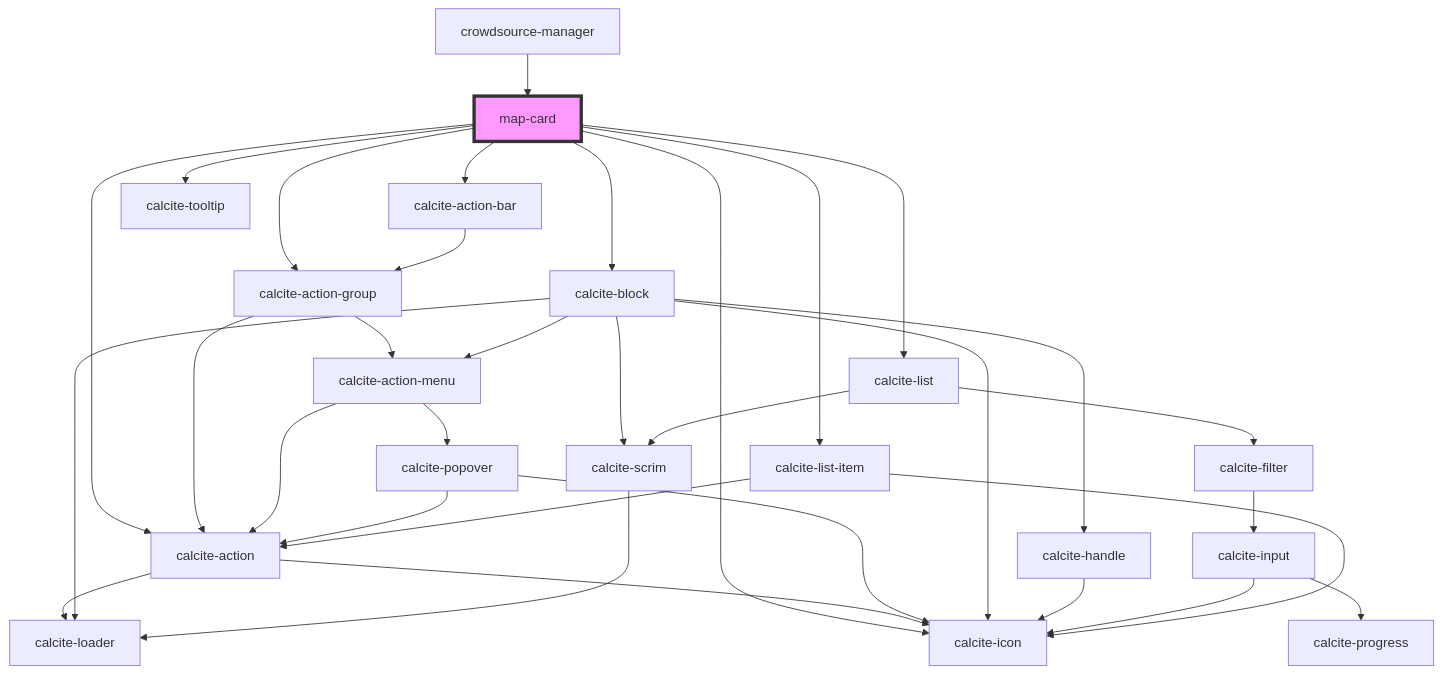
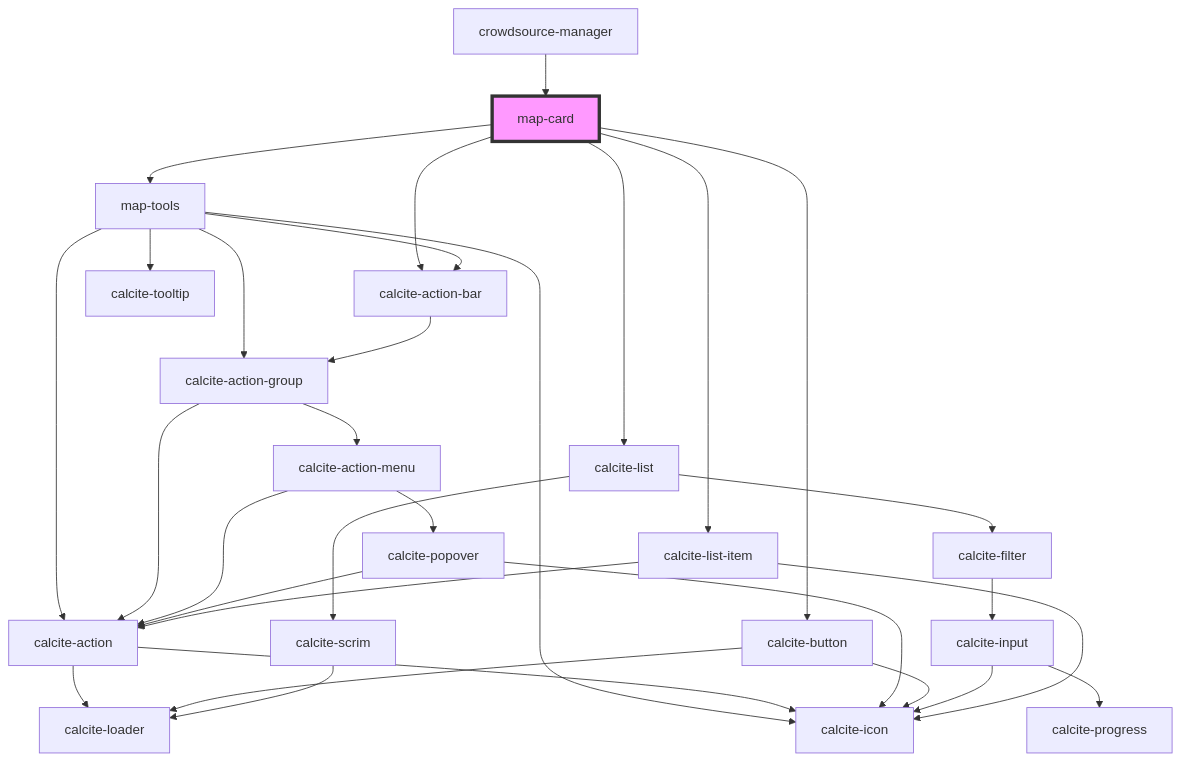
The diagram in src/components/map-card/readme.md (Esri/solutions-components), drawn with Mermaid before and after one commit. The commit also changed other lines of this file and 20 other files, not shown here.

Commit message:
add map-tools

````diff
--- a/src/components/map-card/readme.md
+++ b/src/components/map-card/readme.md
@@ -42,36 +38,34 @@
 ```mermaid
 graph TD;
+  map-card --> map-tools
   map-card --> calcite-action-bar
-  map-card --> calcite-action-group
-  map-card --> calcite-action
-  map-card --> calcite-icon
-  map-card --> calcite-tooltip
-  map-card --> calcite-block
+  map-card --> calcite-button
   map-card --> calcite-list
   map-card --> calcite-list-item
+  map-tools --> calcite-action
+  map-tools --> calcite-action-bar
+  map-tools --> calcite-action-group
+  map-tools --> calcite-icon
+  map-tools --> calcite-tooltip
+  calcite-action --> calcite-loader
+  calcite-action --> calcite-icon
   calcite-action-bar --> calcite-action-group
   calcite-action-group --> calcite-action-menu
   calcite-action-group --> calcite-action
   calcite-action-menu --> calcite-action
   calcite-action-menu --> calcite-popover
-  calcite-action --> calcite-loader
-  calcite-action --> calcite-icon
   calcite-popover --> calcite-action
   calcite-popover --> calcite-icon
-  calcite-block --> calcite-scrim
-  calcite-block --> calcite-icon
-  calcite-block --> calcite-handle
-  calcite-block --> calcite-loader
-  calcite-block --> calcite-action-menu
-  calcite-scrim --> calcite-loader
-  calcite-handle --> calcite-icon
+  calcite-button --> calcite-loader
+  calcite-button --> calcite-icon
   calcite-list --> calcite-scrim
   calcite-list --> calcite-filter
+  calcite-scrim --> calcite-loader
   calcite-filter --> calcite-input
   calcite-input --> calcite-progress
   calcite-input --> calcite-icon
   calcite-list-item --> calcite-icon
   calcite-list-item --> calcite-action
   crowdsource-manager --> map-card
   style map-card fill:#f9f,stroke:#333,stroke-width:4px
 ```
````
